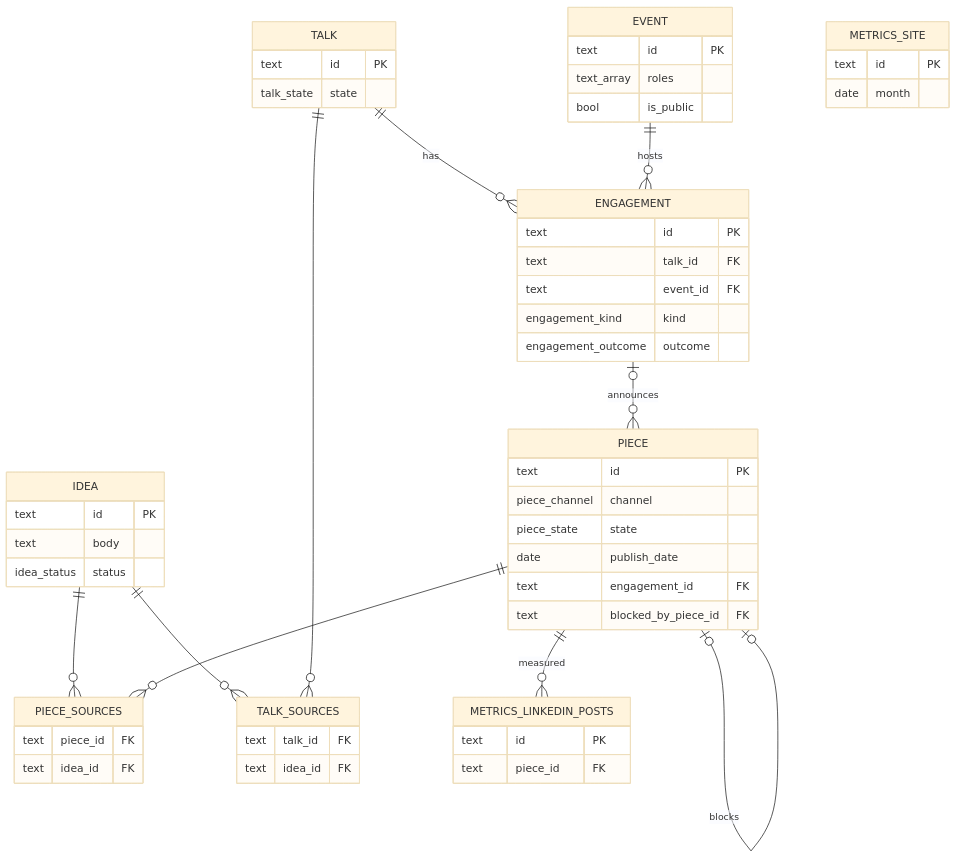
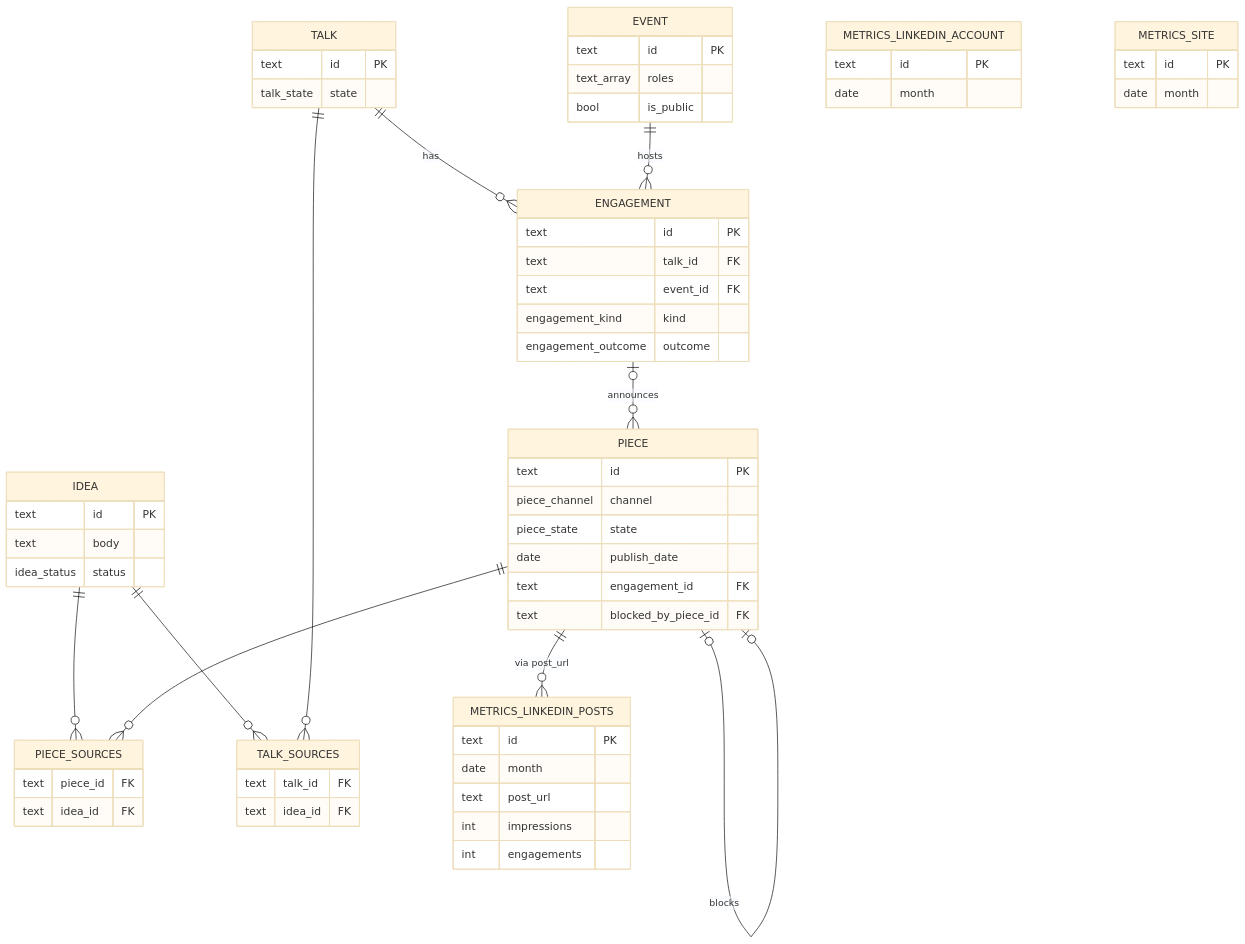
The diagram in docs/design/supabase-foundations.md (davideimola/content-os), drawn with Mermaid (base theme) before and after one commit. The commit also changed other lines of this file and 15 other files, not shown here.

````diff
--- a/docs/design/supabase-foundations.md
+++ b/docs/design/supabase-foundations.md
@@ -12,58 +12,65 @@
 ```mermaid
 erDiagram
   IDEA {
     text id PK
     text body
     idea_status status
   }
   PIECE {
     text id PK
     piece_channel channel
     piece_state state
     date publish_date
     text engagement_id FK
     text blocked_by_piece_id FK
   }
   TALK {
     text id PK
     talk_state state
   }
   ENGAGEMENT {
     text id PK
     text talk_id FK
     text event_id FK
     engagement_kind kind
     engagement_outcome outcome
   }
   EVENT {
     text id PK
     text_array roles
     bool is_public
   }
   PIECE_SOURCES {
     text piece_id FK
     text idea_id FK
   }
   TALK_SOURCES {
     text talk_id FK
     text idea_id FK
   }
   METRICS_LINKEDIN_POSTS {
     text id PK
-    text piece_id FK
+    date month
+    text post_url
+    int impressions
+    int engagements
+  }
+  METRICS_LINKEDIN_ACCOUNT {
+    text id PK
+    date month
   }
   METRICS_SITE {
     text id PK
     date month
   }
 
   IDEA  ||--o{ PIECE_SOURCES : ""
   PIECE ||--o{ PIECE_SOURCES : ""
   IDEA  ||--o{ TALK_SOURCES  : ""
   TALK  ||--o{ TALK_SOURCES  : ""
   TALK  ||--o{ ENGAGEMENT : has
   EVENT ||--o{ ENGAGEMENT : hosts
   ENGAGEMENT |o--o{ PIECE : announces
   PIECE |o--o| PIECE : blocks
-  PIECE ||--o{ METRICS_LINKEDIN_POSTS : measured
+  PIECE ||--o{ METRICS_LINKEDIN_POSTS : "via post_url"
 ```
````
